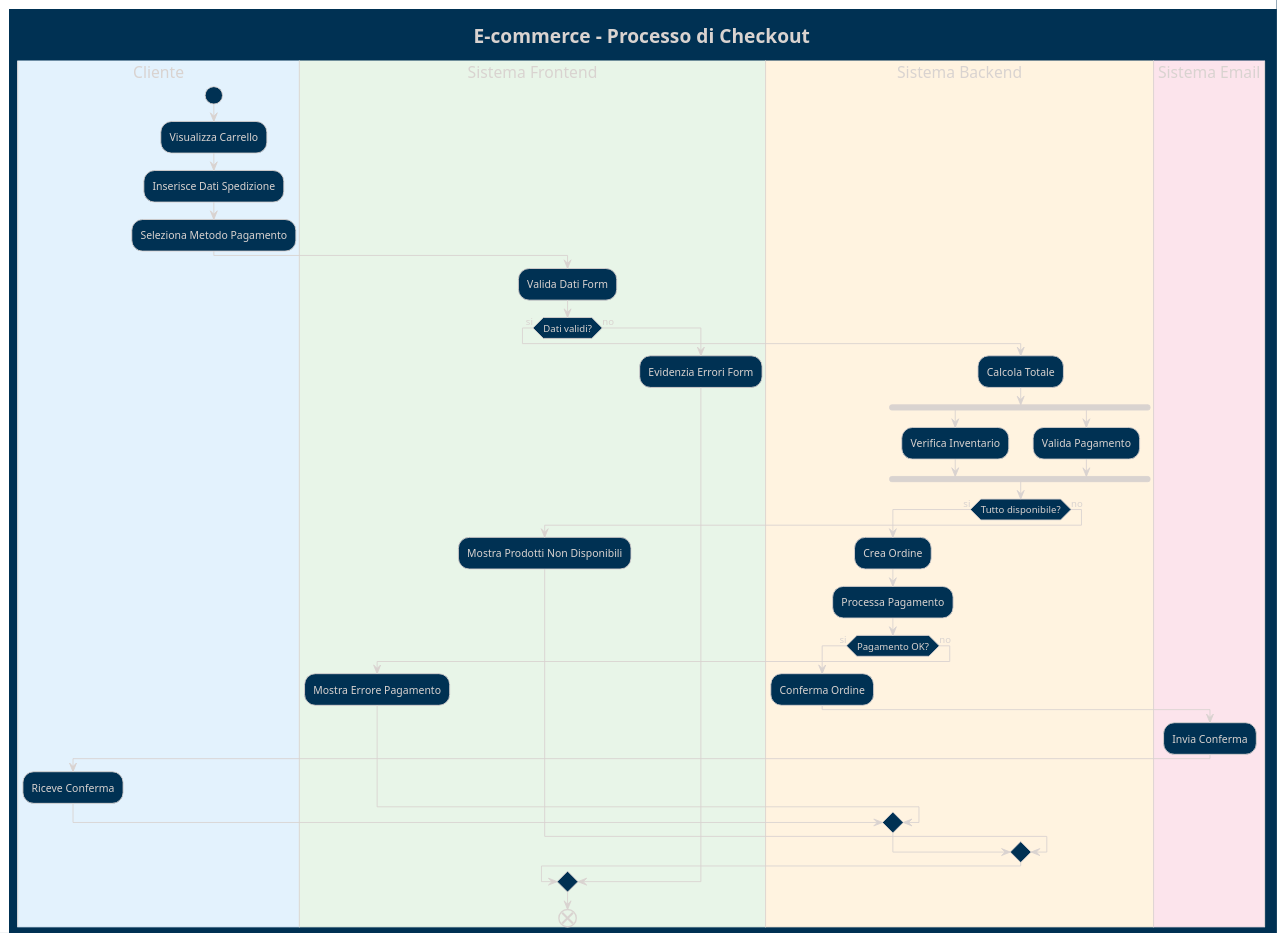
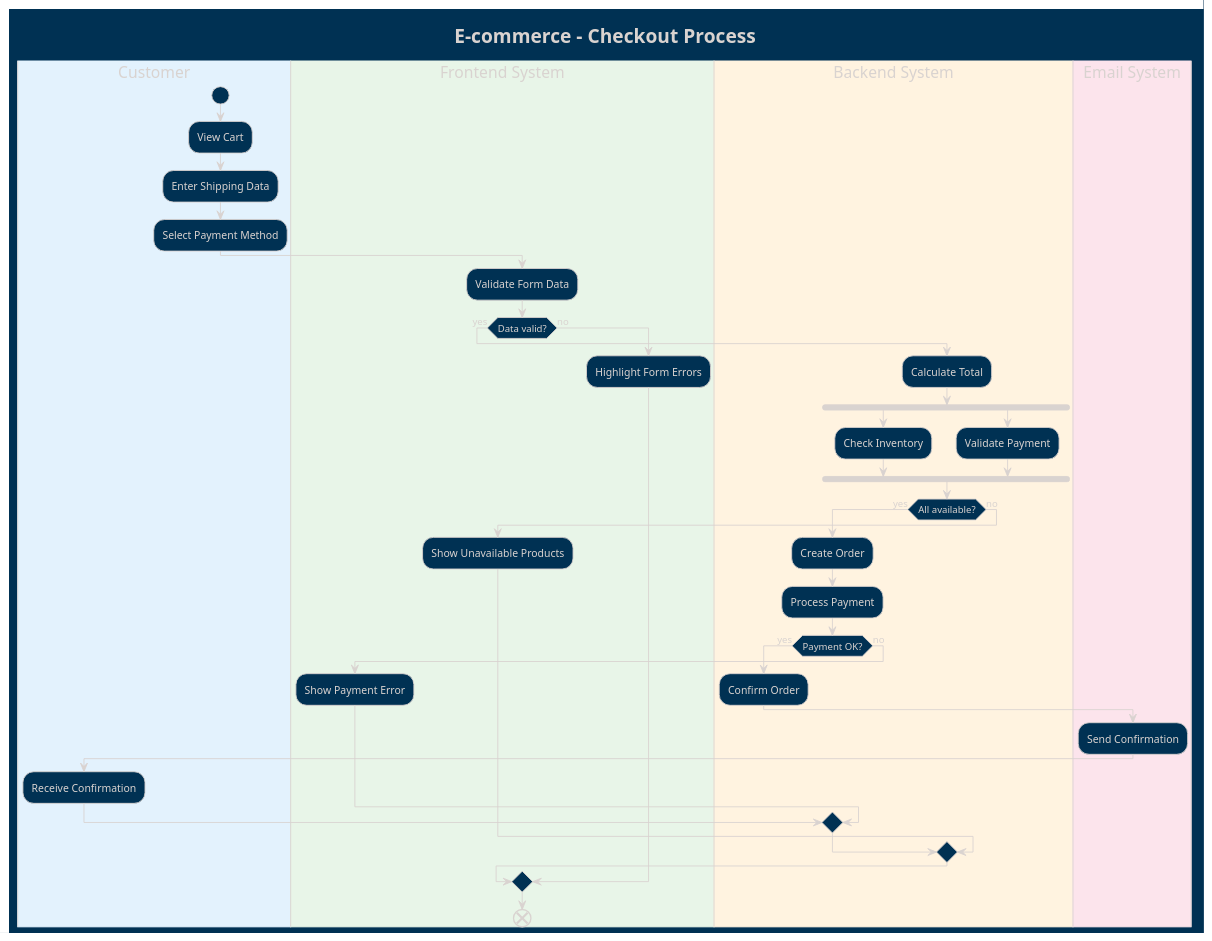
Before and after one commit to Seniorsimo/sas-template: diagram 20 of 25 in 03-behavioral-diagrams/activity-diagrams/README.md, drawn with PlantUML. The commit also changed other lines of this file and 49 other files, not shown here.

````diff
--- a/03-behavioral-diagrams/activity-diagrams/README.md
+++ b/03-behavioral-diagrams/activity-diagrams/README.md
@@ -297,46 +297,46 @@
 ```plantuml
 @startuml
 !theme blueprint
-title E-commerce - Processo di Checkout
+title E-commerce - Checkout Process
 
-|#E3F2FD|Cliente|
+|#E3F2FD|Customer|
 start
-:Visualizza Carrello;
-:Inserisce Dati Spedizione;
-:Seleziona Metodo Pagamento;
+:View Cart;
+:Enter Shipping Data;
+:Select Payment Method;
 
-|#E8F5E8|Sistema Frontend|
-:Valida Dati Form;
-if (Dati validi?) then (si)
-  |#FFF3E0|Sistema Backend|
-  :Calcola Totale;
-  
+|#E8F5E8|Frontend System|
+:Validate Form Data;
+if (Data valid?) then (yes)
+  |#FFF3E0|Backend System|
+  :Calculate Total;
+
   fork
-    :Verifica Inventario;
+    :Check Inventory;
   fork again
-    :Valida Pagamento;
+    :Validate Payment;
   end fork
-  
-  if (Tutto disponibile?) then (si)
-    :Crea Ordine;
-    :Processa Pagamento;
-    if (Pagamento OK?) then (si)
-      :Conferma Ordine;
-      |#FCE4EC|Sistema Email|
-      :Invia Conferma;
-      |#E3F2FD|Cliente|
-      :Riceve Conferma;
+
+  if (All available?) then (yes)
+    :Create Order;
+    :Process Payment;
+    if (Payment OK?) then (yes)
+      :Confirm Order;
+      |#FCE4EC|Email System|
+      :Send Confirmation;
+      |#E3F2FD|Customer|
+      :Receive Confirmation;
     else (no)
-      |#E8F5E8|Sistema Frontend|
-      :Mostra Errore Pagamento;
+      |#E8F5E8|Frontend System|
+      :Show Payment Error;
     endif
   else (no)
-    |#E8F5E8|Sistema Frontend|
-    :Mostra Prodotti Non Disponibili;
+    |#E8F5E8|Frontend System|
+    :Show Unavailable Products;
   endif
 else (no)
-  :Evidenzia Errori Form;
+  :Highlight Form Errors;
 endif
 end
 @enduml
 ```
````
